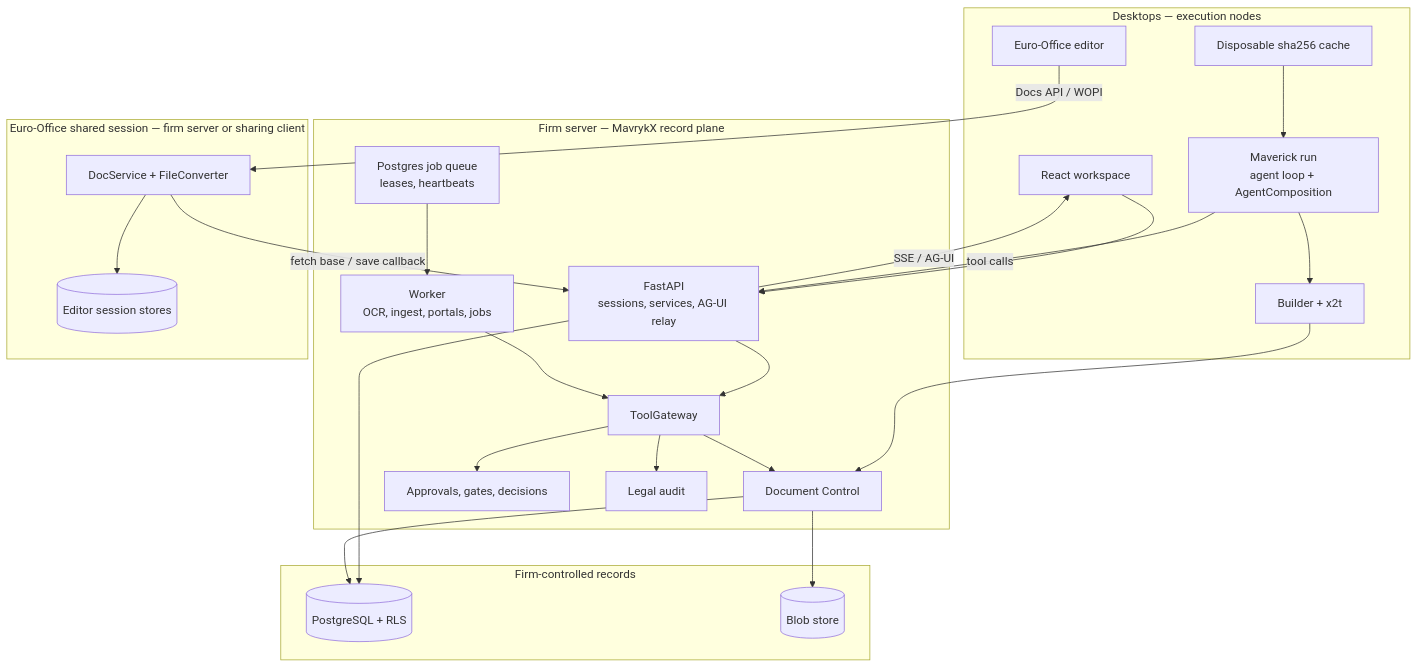
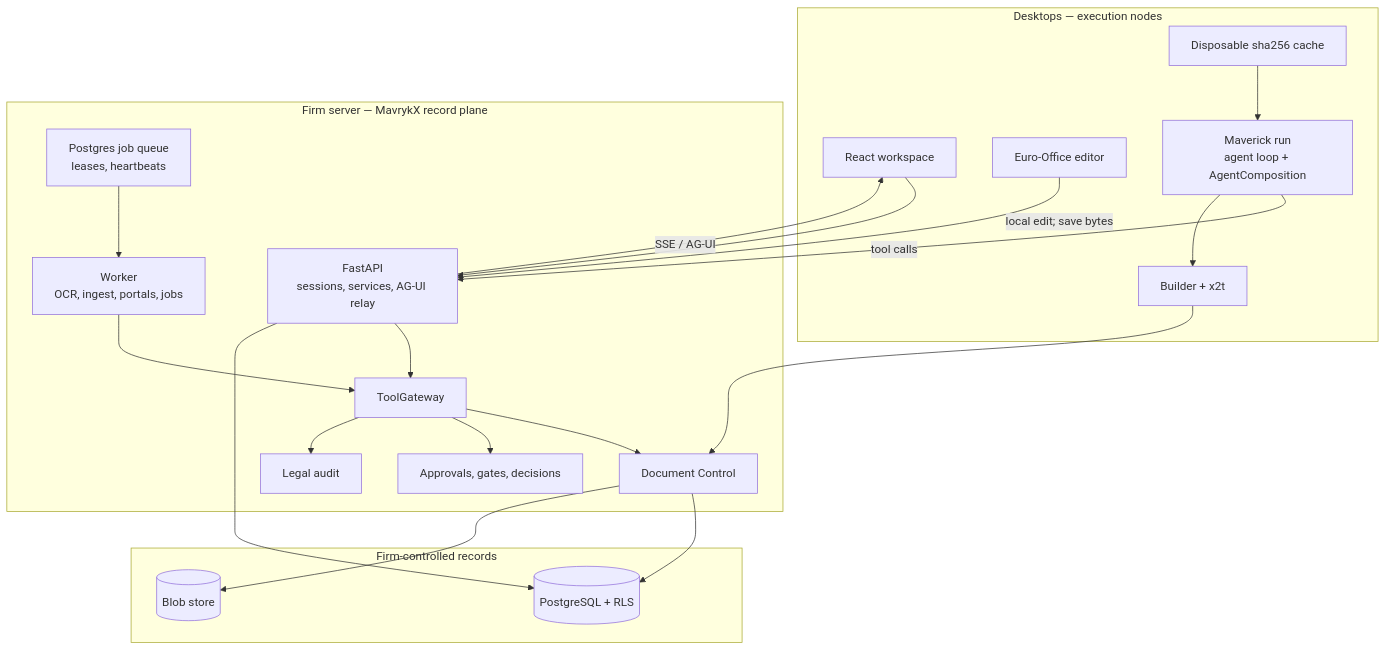
The diagram in docs/v1/01-architecture.md (asimog/mavrykx), drawn with Mermaid before and after one commit. The commit also changed other lines of this file and 10 other files, not shown here.

````diff
--- a/docs/v1/01-architecture.md
+++ b/docs/v1/01-architecture.md
@@ -42,49 +47,42 @@
 ```mermaid
 flowchart TB
   subgraph Clients["Desktops — execution nodes"]
     UI["React workspace"]
     ED["Euro-Office editor"]
     AG["Maverick run<br/>agent loop + AgentComposition"]
     BD["Builder + x2t"]
     CACHE["Disposable sha256 cache"]
   end
 
   subgraph Server["Firm server — MavrykX record plane"]
     API["FastAPI<br/>sessions, services, AG-UI relay"]
     GW["ToolGateway"]
     DOC["Document Control"]
     APPR["Approvals, gates, decisions"]
     AUD["Legal audit"]
     WK["Worker<br/>OCR, ingest, portals, jobs"]
     Q["Postgres job queue<br/>leases, heartbeats"]
   end
 
-  subgraph Editor["Euro-Office shared session — firm server or sharing client"]
-    DS["DocService + FileConverter"]
-    ES[("Editor session stores")]
-  end
-
   subgraph Data["Firm-controlled records"]
     PG[("PostgreSQL + RLS")]
     BL[("Blob store")]
   end
 
   UI --> API
-  ED -->|"Docs API / WOPI"| DS
-  DS --> ES
-  DS -->|"fetch base / save callback"| API
+  ED -->|"local edit; save bytes"| API
   AG -->|"tool calls"| API
   AG --> BD
   BD --> DOC
   CACHE --> AG
   API --> GW
   GW --> DOC
   GW --> APPR
   GW --> AUD
   API --> PG
   DOC --> PG
   DOC --> BL
   WK --> GW
   Q --> WK
   API -->|"SSE / AG-UI"| UI
 ```
````
